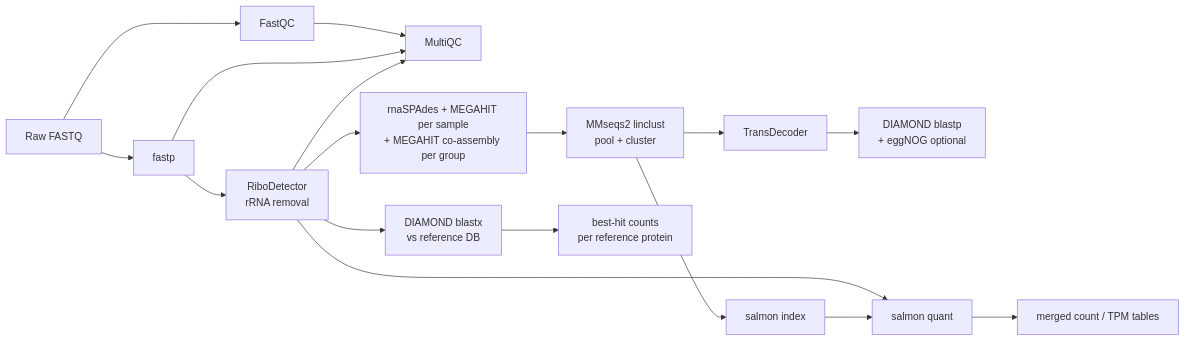
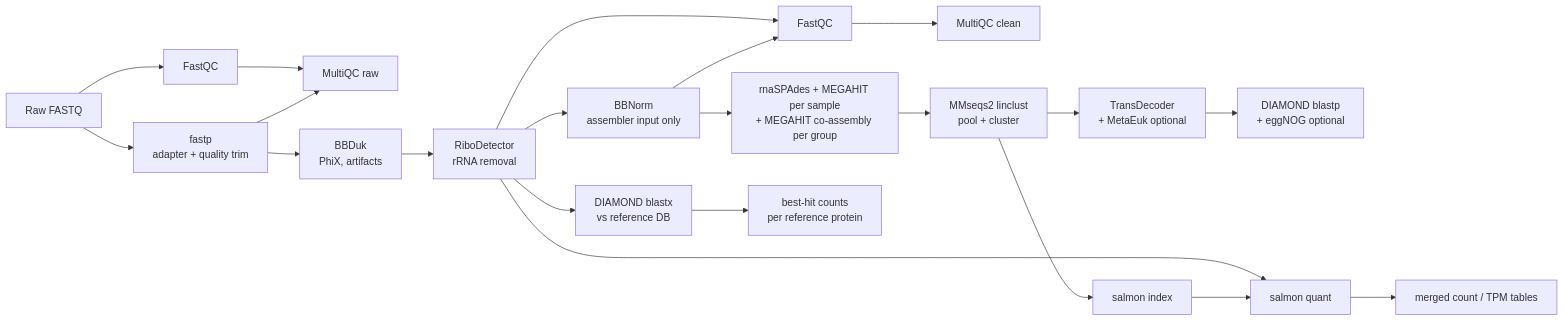
Before and after one commit to shu251/euk-bot: the diagram in README.md, drawn with Mermaid. The commit also changed other lines of this file and 14 other files, not shown here.

````diff
--- a/README.md
+++ b/README.md
@@ -5,15 +5,16 @@
 ```mermaid
 flowchart LR
-    A[Raw FASTQ] --> B[FastQC] --> M[MultiQC]
-    A --> C[fastp] --> D[RiboDetector<br/>rRNA removal]
+    A[Raw FASTQ] --> B[FastQC] --> M[MultiQC raw]
+    A --> C[fastp<br/>adapter + quality trim] --> K[BBDuk<br/>PhiX, artifacts] --> D[RiboDetector<br/>rRNA removal]
     C --> M
-    D --> M
-    D --> E1[rnaSPAdes + MEGAHIT per sample<br/>+ MEGAHIT co-assembly per group]
+    D --> F[FastQC] --> M2[MultiQC clean]
+    D --> N[BBNorm<br/>assembler input only] --> F
+    N --> E1[rnaSPAdes + MEGAHIT per sample<br/>+ MEGAHIT co-assembly per group]
     E1 --> E2[MMseqs2 linclust<br/>pool + cluster]
-    E2 --> E3[TransDecoder]
+    E2 --> E3[TransDecoder<br/>+ MetaEuk optional]
     E3 --> E4[DIAMOND blastp<br/>+ eggNOG optional]
     E2 --> E5[salmon index]
     D --> E6[salmon quant] --> E7[merged count / TPM tables]
     E5 --> E6
     D --> R1[DIAMOND blastx<br/>vs reference DB] --> R2[best-hit counts<br/>per reference protein]
 ```
````
